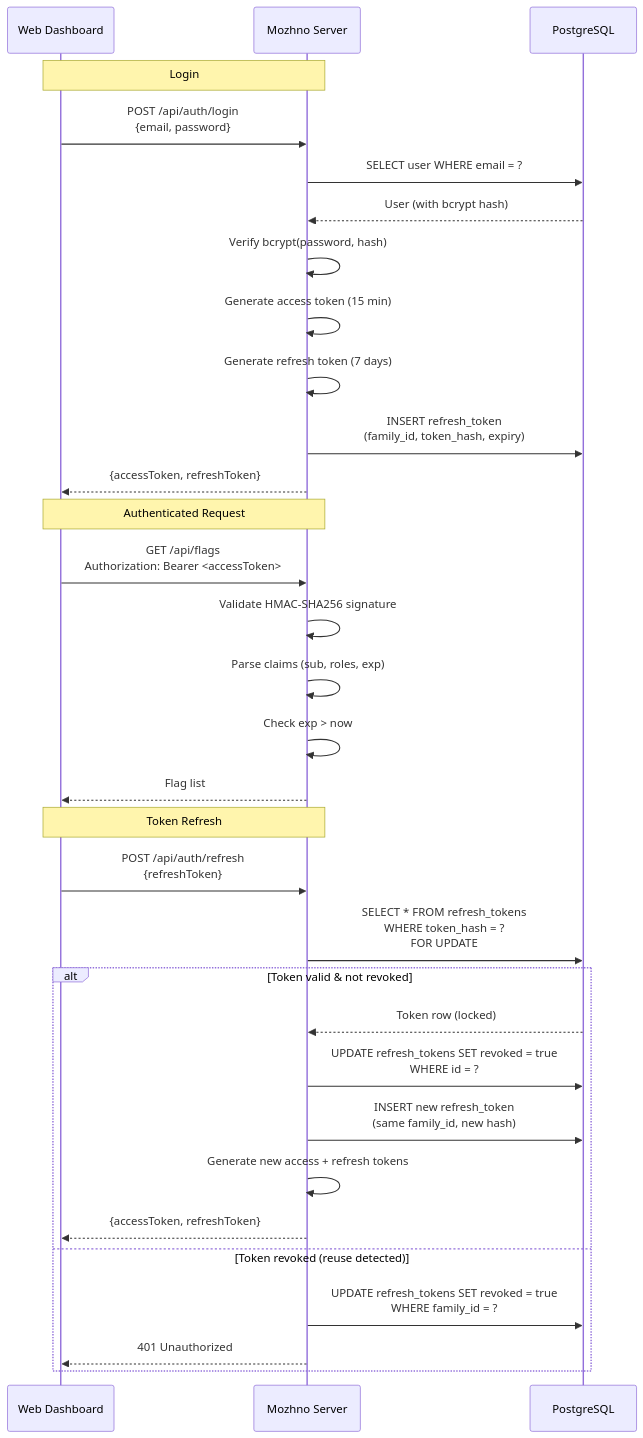
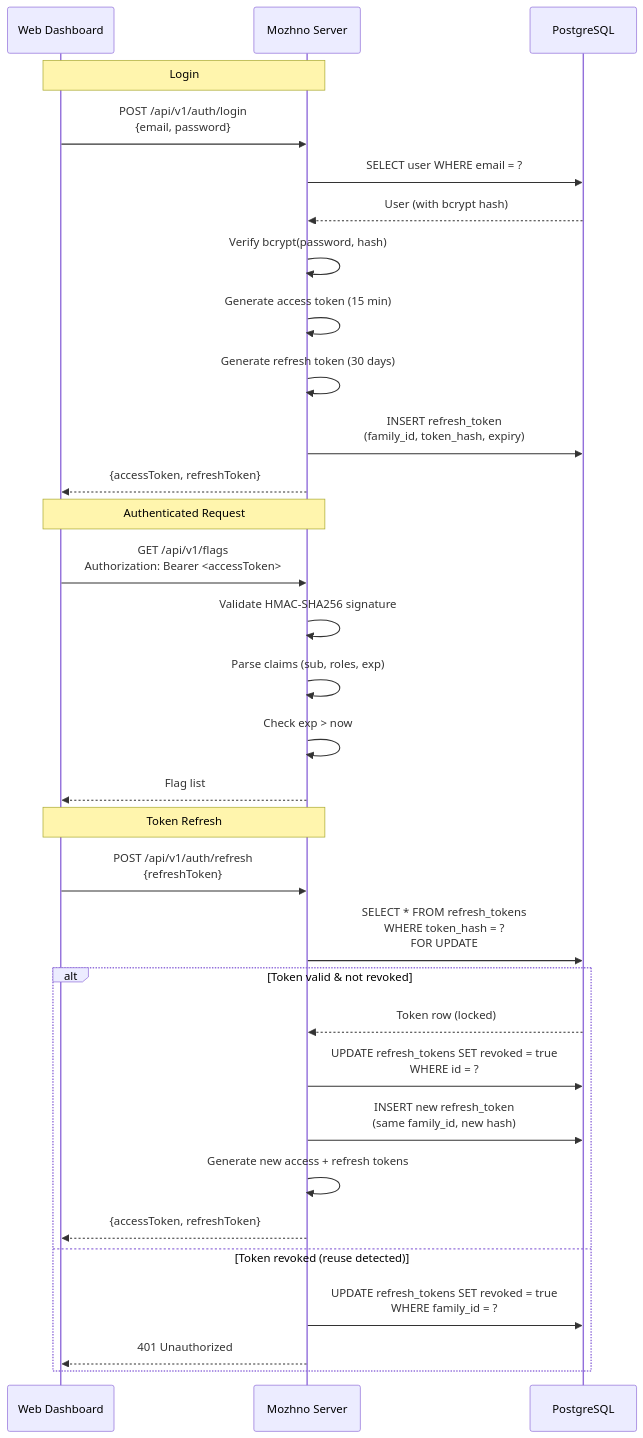
Before and after one commit to edgar-dev20/mozhno: the third of 4 diagrams in docs/en/advanced/architecture.md, drawn with Mermaid. The commit also changed other lines of this file and 62 other files, not shown here.

````diff
--- a/docs/en/advanced/architecture.md
+++ b/docs/en/advanced/architecture.md
@@ -105,37 +105,37 @@
 ```mermaid
 sequenceDiagram
     participant Browser as Web Dashboard
     participant Server as Mozhno Server
     participant DB as PostgreSQL
 
     Note over Browser,Server: Login
-    Browser->>Server: POST /api/auth/login<br/>{email, password}
+    Browser->>Server: POST /api/v1/auth/login<br/>{email, password}
     Server->>DB: SELECT user WHERE email = ?
     DB-->>Server: User (with bcrypt hash)
     Server->>Server: Verify bcrypt(password, hash)
     Server->>Server: Generate access token (15 min)
-    Server->>Server: Generate refresh token (7 days)
+    Server->>Server: Generate refresh token (30 days)
     Server->>DB: INSERT refresh_token<br/>(family_id, token_hash, expiry)
     Server-->>Browser: {accessToken, refreshToken}
 
     Note over Browser,Server: Authenticated Request
-    Browser->>Server: GET /api/flags<br/>Authorization: Bearer <accessToken>
+    Browser->>Server: GET /api/v1/flags<br/>Authorization: Bearer <accessToken>
     Server->>Server: Validate HMAC-SHA256 signature
     Server->>Server: Parse claims (sub, roles, exp)
     Server->>Server: Check exp > now
     Server-->>Browser: Flag list
 
     Note over Browser,Server: Token Refresh
-    Browser->>Server: POST /api/auth/refresh<br/>{refreshToken}
+    Browser->>Server: POST /api/v1/auth/refresh<br/>{refreshToken}
     Server->>DB: SELECT * FROM refresh_tokens<br/>WHERE token_hash = ?<br/>FOR UPDATE
     alt Token valid & not revoked
         DB-->>Server: Token row (locked)
         Server->>DB: UPDATE refresh_tokens SET revoked = true<br/>WHERE id = ?
         Server->>DB: INSERT new refresh_token<br/>(same family_id, new hash)
         Server->>Server: Generate new access + refresh tokens
         Server-->>Browser: {accessToken, refreshToken}
     else Token revoked (reuse detected)
         Server->>DB: UPDATE refresh_tokens SET revoked = true<br/>WHERE family_id = ?
         Server-->>Browser: 401 Unauthorized
     end
 ```
````
